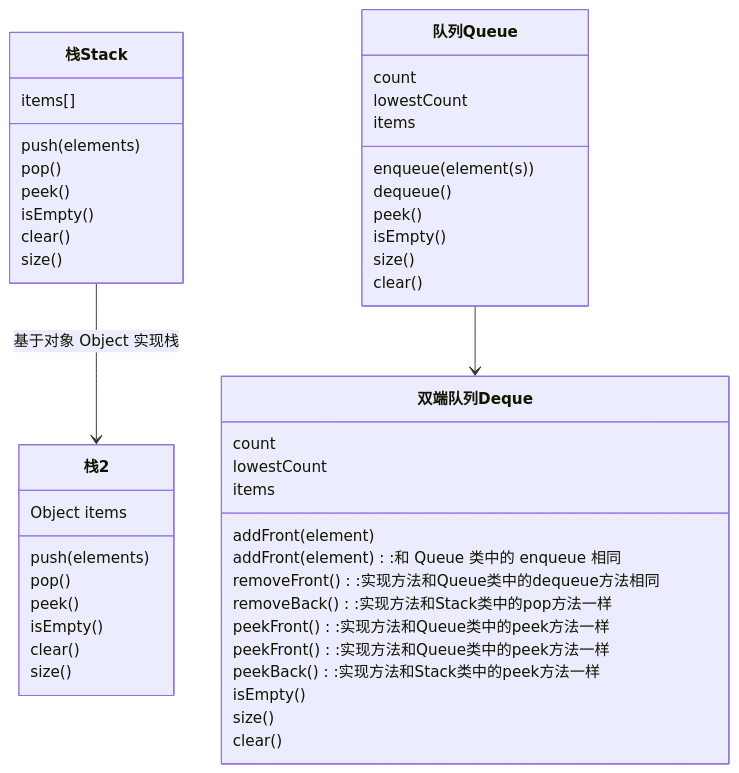
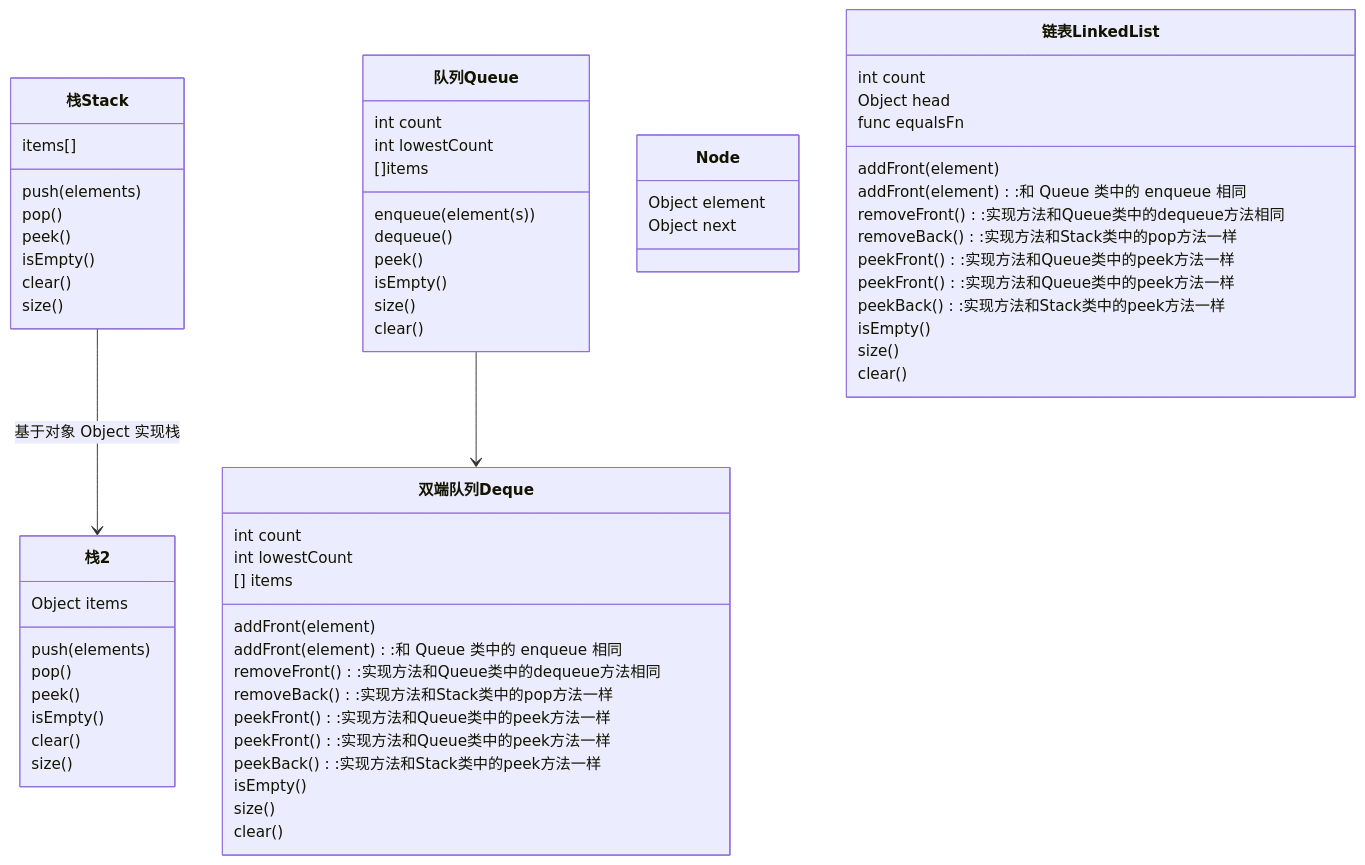
Before and after one commit to mofenusers/mention: the diagram in 前端知识/语言知识/数据结构与算法/数据结构.md, drawn with Mermaid.

Commit message:
auto sync by git

````diff
--- a/前端知识/语言知识/数据结构与算法/数据结构.md
+++ b/前端知识/语言知识/数据结构与算法/数据结构.md
@@ -6,52 +6,74 @@
 ```mermaid
 classDiagram
 class 栈 Stack {
 items[]
 push(elements)
 pop()
 peek()
 isEmpty()
 clear()
 size()
 }
 
 class 栈 2 {
 Object items
 push(elements)
 pop()
 peek()
 isEmpty()
 clear()
 size()
 }
 栈 Stack --> 栈 2 : 基于对象 Object 实现栈
 
 class 队列 Queue {
-count
-lowestCount
-items
+int count
+int lowestCount
+[]items
 enqueue(element(s))
 dequeue()
 peek()
  isEmpty()
  size()
 clear()
 }
 class 双端队列 Deque {
-count
-lowestCount
-items
+int count
+int lowestCount
+[] items
 addFront(element)
 addFront(element):和 Queue 类中的 enqueue 相同
 removeFront():实现方法和Queue类中的dequeue方法相同
 removeBack():实现方法和Stack类中的pop方法一样
 peekFront():实现方法和Queue类中的peek方法一样
 peekFront():实现方法和Queue类中的peek方法一样
 peekBack():实现方法和Stack类中的peek方法一样
 isEmpty()
 size()
 clear()
 }
 
-队列 Queue --> 双端队列 Deque 
+队列 Queue --> 双端队列 Deque
+
+
+class Node {
+Object element
+Object next
+}
+
+class 链表 LinkedList {
+int count
+Object head
+func equalsFn
+addFront(element)
+addFront(element):和 Queue 类中的 enqueue 相同
+removeFront():实现方法和Queue类中的dequeue方法相同
+removeBack():实现方法和Stack类中的pop方法一样
+peekFront():实现方法和Queue类中的peek方法一样
+peekFront():实现方法和Queue类中的peek方法一样
+peekBack():实现方法和Stack类中的peek方法一样
+isEmpty()
+size()
+clear()
+}
 ```
````
